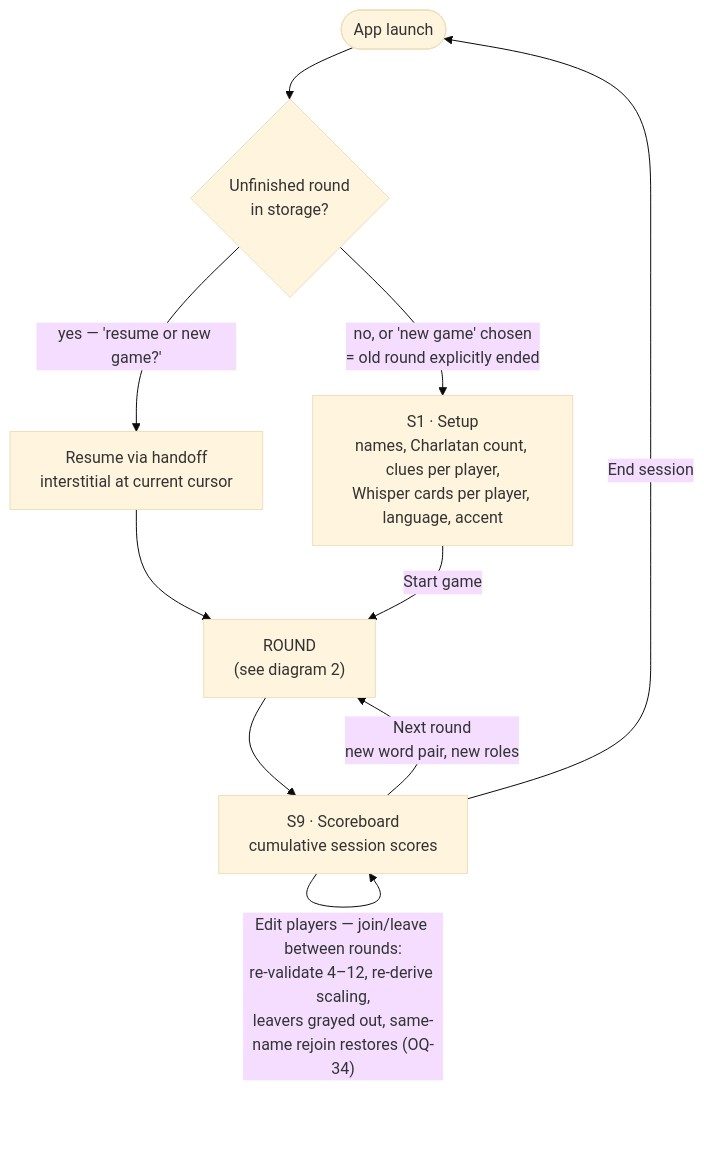
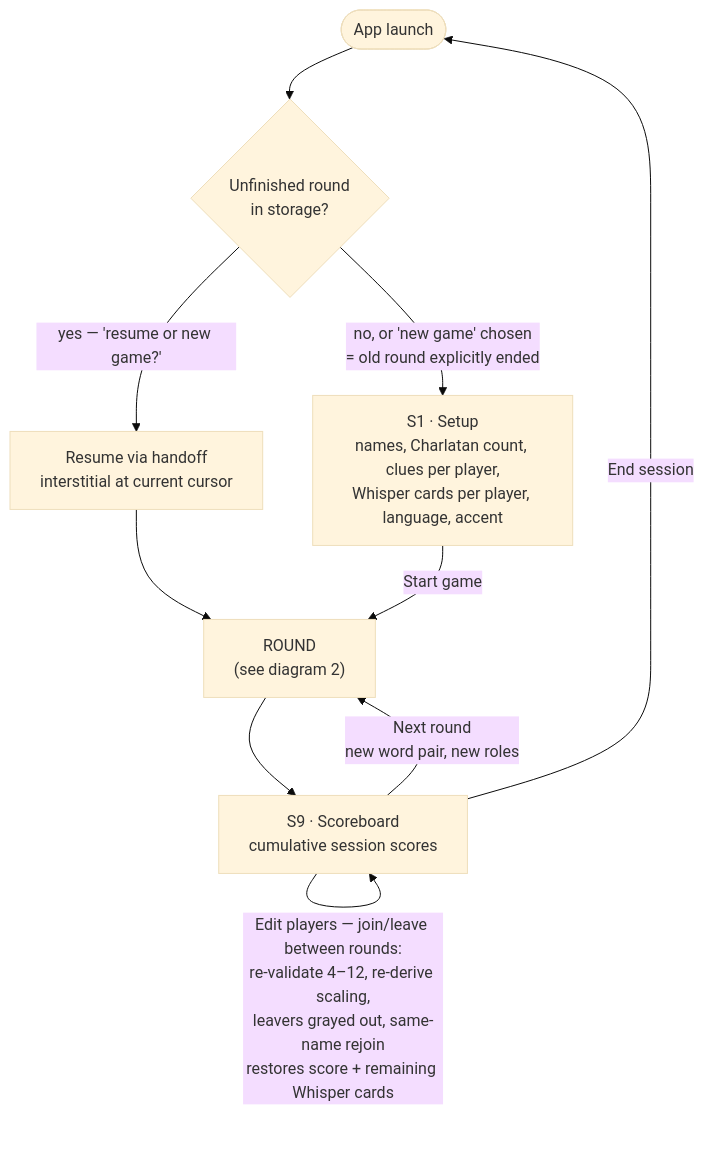
Before and after one commit to jalieven/charlatan: the first of 4 diagrams in docs/02-flows.md, drawn with Mermaid (base theme). The commit also changed other lines of this file and 4 other files, not shown here.

````diff
--- a/docs/02-flows.md
+++ b/docs/02-flows.md
@@ -14,12 +14,12 @@
 ```mermaid
 flowchart TD
     Launch(["App launch"]) --> Choice{"Unfinished round<br/>in storage?"}
     Choice -->|"yes — 'resume or new game?'"| Resume["Resume via handoff<br/>interstitial at current cursor"]
     Choice -->|no, or 'new game' chosen<br/>= old round explicitly ended| S1["S1 · Setup<br/>names, Charlatan count, clues per player,<br/>Whisper cards per player, language, accent"]
     Resume --> Round
     S1 -->|Start game| Round["ROUND<br/>(see diagram 2)"]
     Round --> S9["S9 · Scoreboard<br/>cumulative session scores"]
-    S9 -->|"Edit players — join/leave between rounds:<br/>re-validate 4–12, re-derive scaling,<br/>leavers grayed out, same-name rejoin restores (OQ-34)"| S9
+    S9 -->|"Edit players — join/leave between rounds:<br/>re-validate 4–12, re-derive scaling,<br/>leavers grayed out, same-name rejoin<br/>restores score + remaining Whisper cards"| S9
     S9 -->|Next round<br/>new word pair, new roles| Round
     S9 -->|End session| Launch
 ```
````
